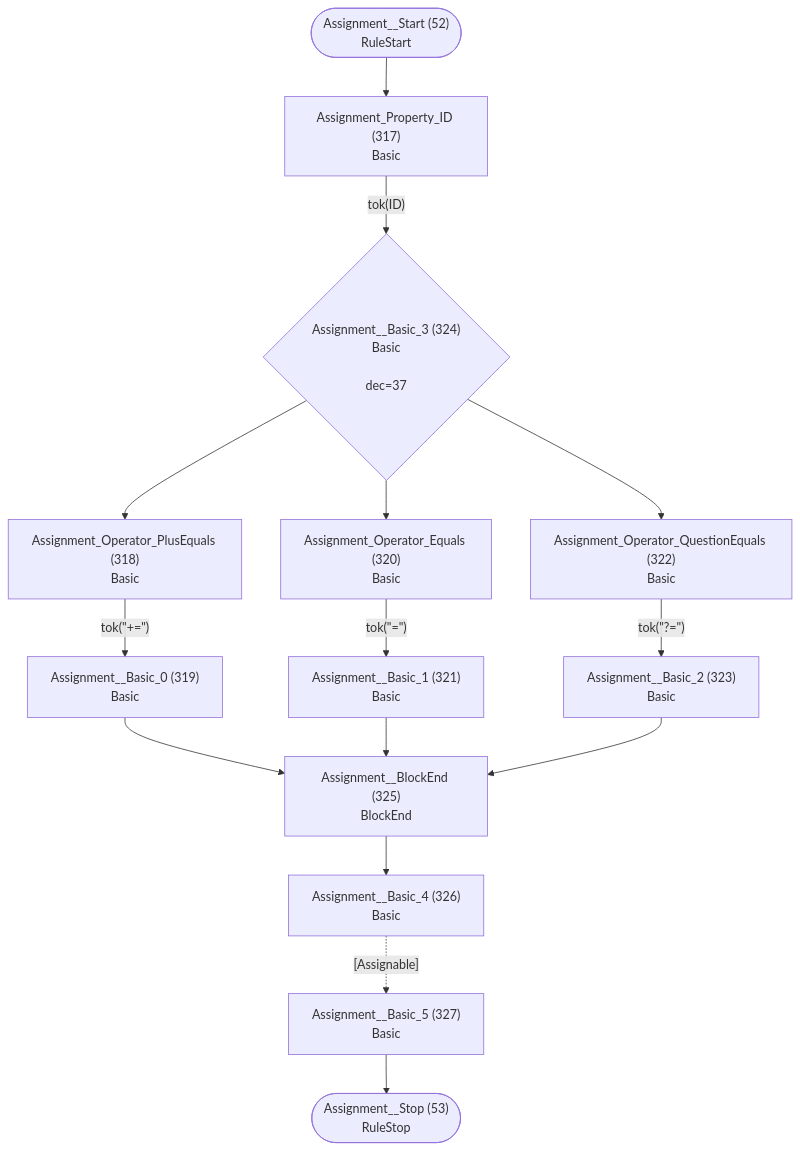
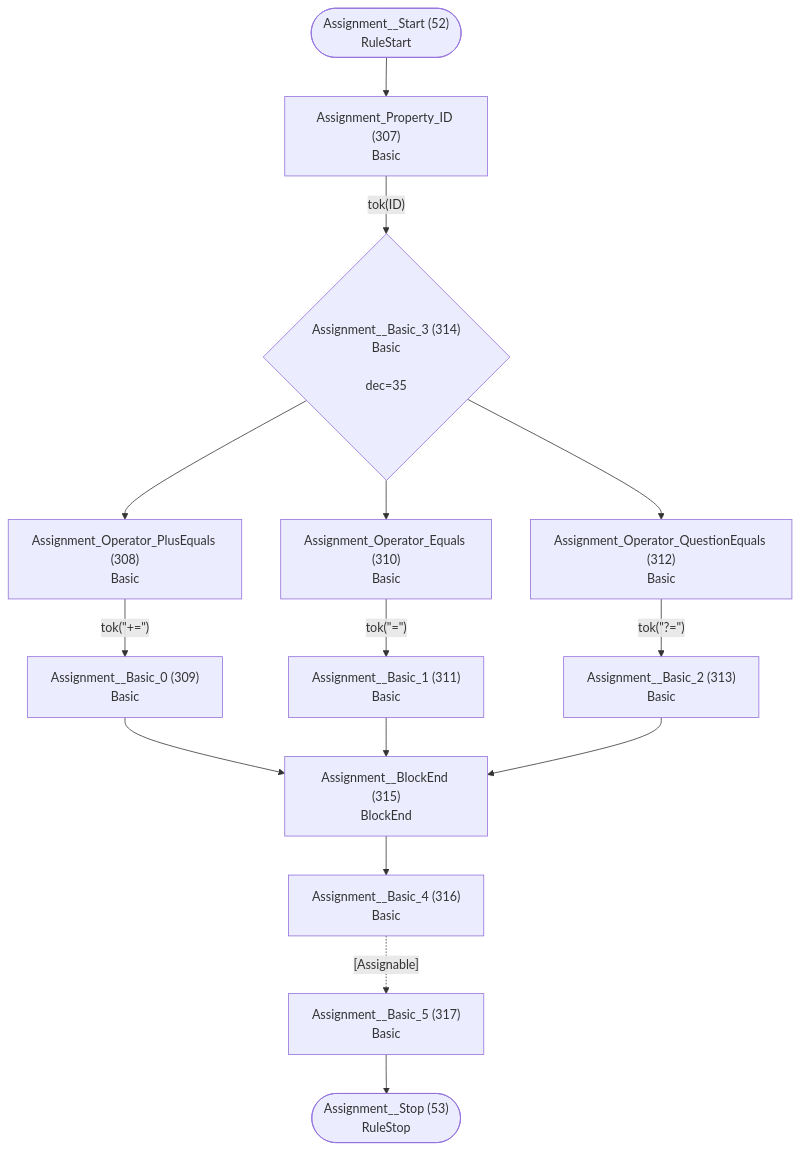
One commit to TypeFox/fastbelt changed diagram 27 of 40 in internal/grammar/atn.md. Above: the diagram before and after it, drawn with Mermaid. The commit also changed other lines of this file and 145 other files, not shown here.

````diff
--- a/internal/grammar/atn.md
+++ b/internal/grammar/atn.md
@@ -792,31 +770,31 @@
 ```mermaid
 flowchart TD
     q52(["Assignment__Start (52)<br/>RuleStart"])
     q53(["Assignment__Stop (53)<br/>RuleStop"])
-    q317["Assignment_Property_ID (317)<br/>Basic<br/>"]
-    q318["Assignment_Operator_PlusEquals (318)<br/>Basic<br/>"]
-    q319["Assignment__Basic_0 (319)<br/>Basic<br/>"]
-    q320["Assignment_Operator_Equals (320)<br/>Basic<br/>"]
-    q321["Assignment__Basic_1 (321)<br/>Basic<br/>"]
-    q322["Assignment_Operator_QuestionEquals (322)<br/>Basic<br/>"]
-    q323["Assignment__Basic_2 (323)<br/>Basic<br/>"]
-    q324{"Assignment__Basic_3 (324)<br/>Basic<br/><br/>dec=37"}
-    q325["Assignment__BlockEnd (325)<br/>BlockEnd<br/>"]
-    q326["Assignment__Basic_4 (326)<br/>Basic<br/>"]
-    q327["Assignment__Basic_5 (327)<br/>Basic<br/>"]
+    q307["Assignment_Property_ID (307)<br/>Basic<br/>"]
+    q308["Assignment_Operator_PlusEquals (308)<br/>Basic<br/>"]
+    q309["Assignment__Basic_0 (309)<br/>Basic<br/>"]
+    q310["Assignment_Operator_Equals (310)<br/>Basic<br/>"]
+    q311["Assignment__Basic_1 (311)<br/>Basic<br/>"]
+    q312["Assignment_Operator_QuestionEquals (312)<br/>Basic<br/>"]
+    q313["Assignment__Basic_2 (313)<br/>Basic<br/>"]
+    q314{"Assignment__Basic_3 (314)<br/>Basic<br/><br/>dec=35"}
+    q315["Assignment__BlockEnd (315)<br/>BlockEnd<br/>"]
+    q316["Assignment__Basic_4 (316)<br/>Basic<br/>"]
+    q317["Assignment__Basic_5 (317)<br/>Basic<br/>"]
 
-    q52 --> q317
-    q317 -->|"tok(ID)"| q324
-    q318 -->|"tok(&quot;+=&quot;)"| q319
-    q319 --> q325
-    q320 -->|"tok(&quot;=&quot;)"| q321
-    q321 --> q325
-    q322 -->|"tok(&quot;?=&quot;)"| q323
-    q323 --> q325
-    q324 --> q318
-    q324 --> q320
-    q324 --> q322
-    q325 --> q326
-    q326 -.->|"[Assignable]"| q327
-    q327 --> q53
+    q52 --> q307
+    q307 -->|"tok(ID)"| q314
+    q308 -->|"tok(&quot;+=&quot;)"| q309
+    q309 --> q315
+    q310 -->|"tok(&quot;=&quot;)"| q311
+    q311 --> q315
+    q312 -->|"tok(&quot;?=&quot;)"| q313
+    q313 --> q315
+    q314 --> q308
+    q314 --> q310
+    q314 --> q312
+    q315 --> q316
+    q316 -.->|"[Assignable]"| q317
+    q317 --> q53
 ```
````
